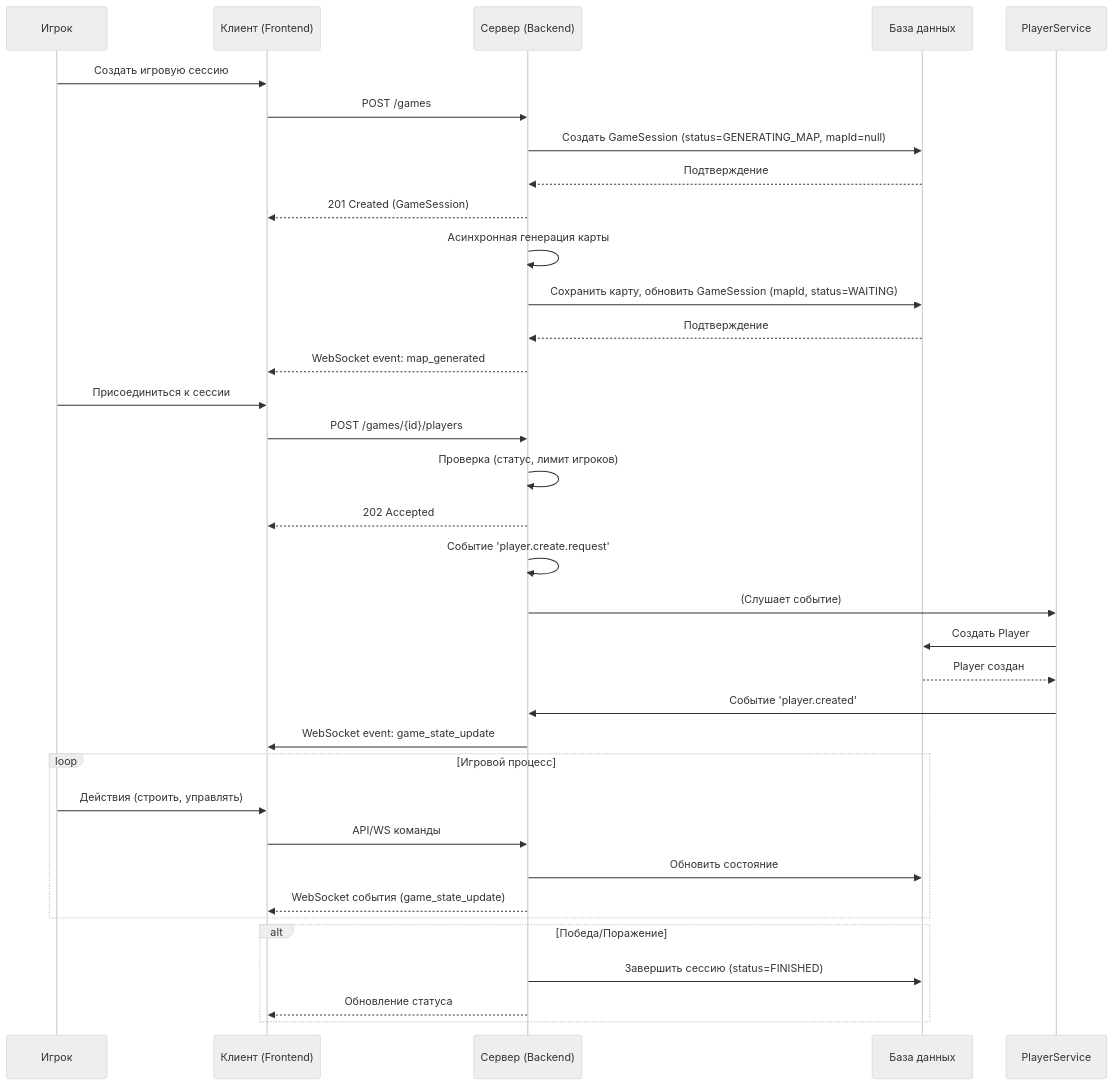
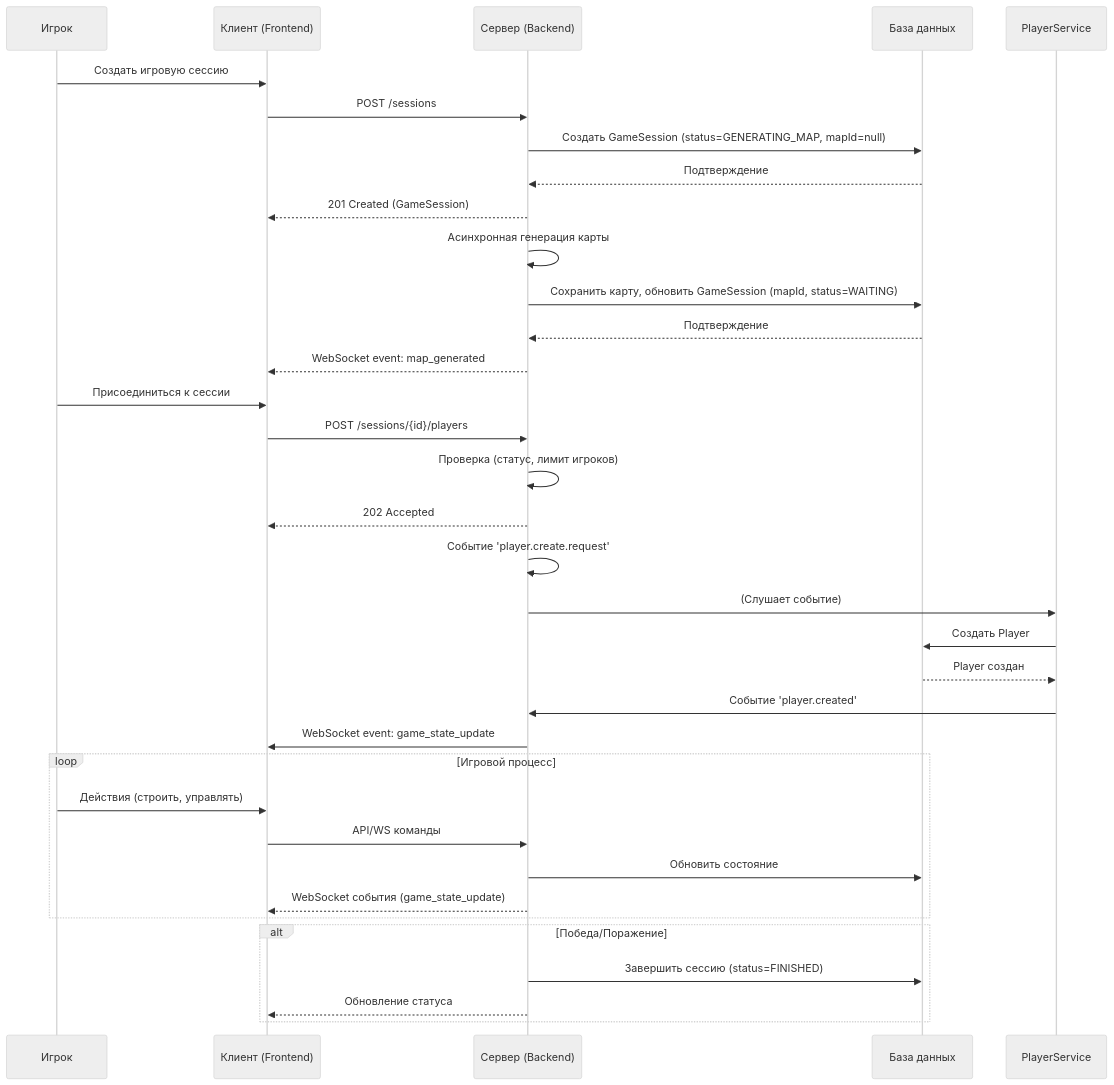
Before and after one commit to SanoLitch/auto-strategy: the first of 2 diagrams in docs/06_game_session_analytics.md, drawn with Mermaid (neutral theme). The commit also changed other lines of this file and 12 other files, not shown here.

First line of the commit message:
rename games endpoints to sessions

````diff
--- a/docs/06_game_session_analytics.md
+++ b/docs/06_game_session_analytics.md
@@ -101,40 +101,40 @@
 ```mermaid
 sequenceDiagram
     participant User as Игрок
     participant Client as Клиент (Frontend)
     participant Server as Сервер (Backend)
     participant DB as База данных
 
     User->>Client: Создать игровую сессию
-    Client->>Server: POST /games
+    Client->>Server: POST /sessions
     Server->>DB: Создать GameSession (status=GENERATING_MAP, mapId=null)
     DB-->>Server: Подтверждение
     Server-->>Client: 201 Created (GameSession)
     Server->>Server: Асинхронная генерация карты
     Server->>DB: Сохранить карту, обновить GameSession (mapId, status=WAITING)
     DB-->>Server: Подтверждение
     Server-->>Client: WebSocket event: map_generated
     User->>Client: Присоединиться к сессии
-    Client->>Server: POST /games/{id}/players
+    Client->>Server: POST /sessions/{id}/players
     Server->>Server: Проверка (статус, лимит игроков)
     Server-->>Client: 202 Accepted
     Server->>Server: Событие 'player.create.request'
 
     participant PlayerService
     Server->>PlayerService: (Слушает событие)
     PlayerService->>DB: Создать Player
     DB-->>PlayerService: Player создан
     PlayerService->>Server: Событие 'player.created'
 
     Server->>Client: WebSocket event: game_state_update
     loop Игровой процесс
         User->>Client: Действия (строить, управлять)
         Client->>Server: API/WS команды
         Server->>DB: Обновить состояние
         Server-->>Client: WebSocket события (game_state_update)
     end
     alt Победа/Поражение
         Server->>DB: Завершить сессию (status=FINISHED)
         Server-->>Client: Обновление статуса
     end
 ```
````
